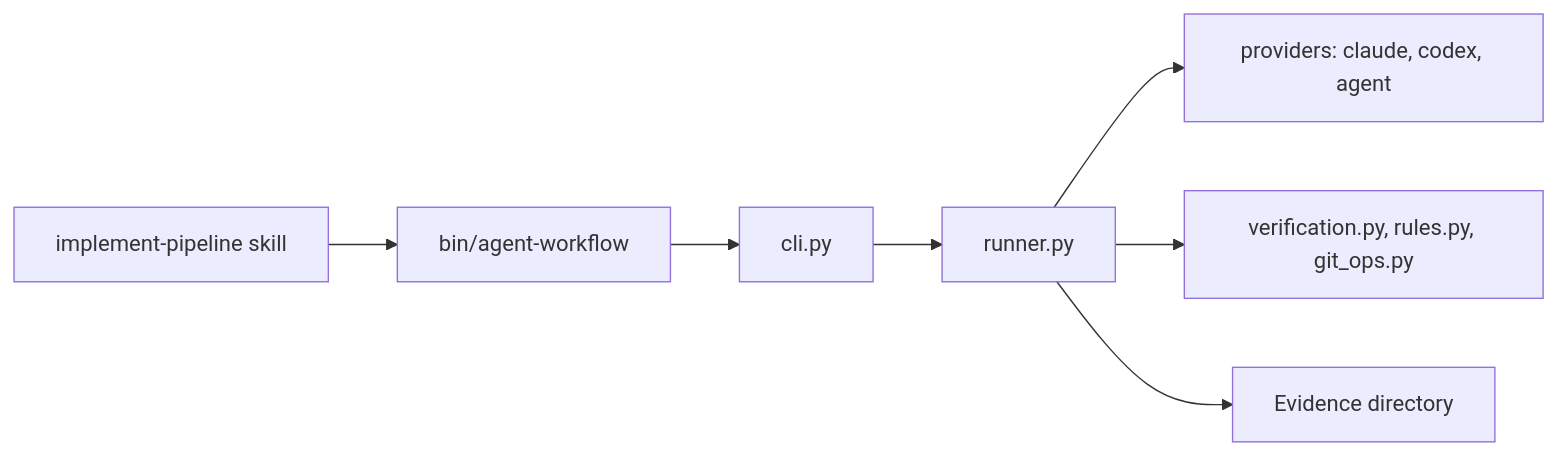
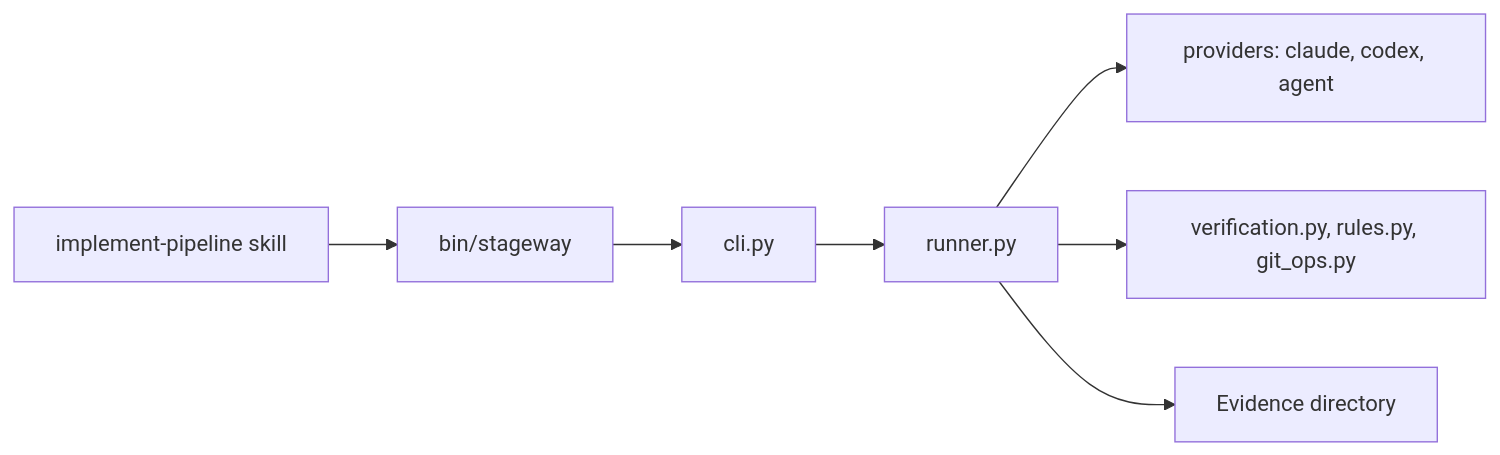
Before and after one commit to MarkoArsov/agent-workflow: the diagram in docs-data/diagrams/run-path.mmd, drawn with Mermaid. The commit also changed 136 other files, not shown here.

```diff
--- a/docs-data/diagrams/run-path.mmd
+++ b/docs-data/diagrams/run-path.mmd
@@ -1,8 +1,8 @@
 %% What runs when you start a run. Rendered by hand as run-path.html.
 flowchart LR
-    A[implement-pipeline skill] --> B[bin/agent-workflow]
+    A[implement-pipeline skill] --> B[bin/stageway]
     B --> C[cli.py]
     C --> D[runner.py]
     D --> E[providers: claude, codex, agent]
     D --> F[verification.py, rules.py, git_ops.py]
     D --> G[Evidence directory]
```
